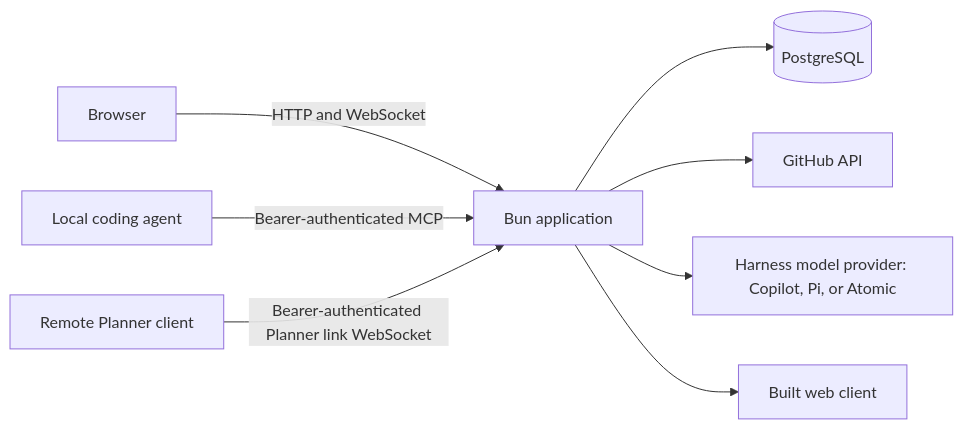
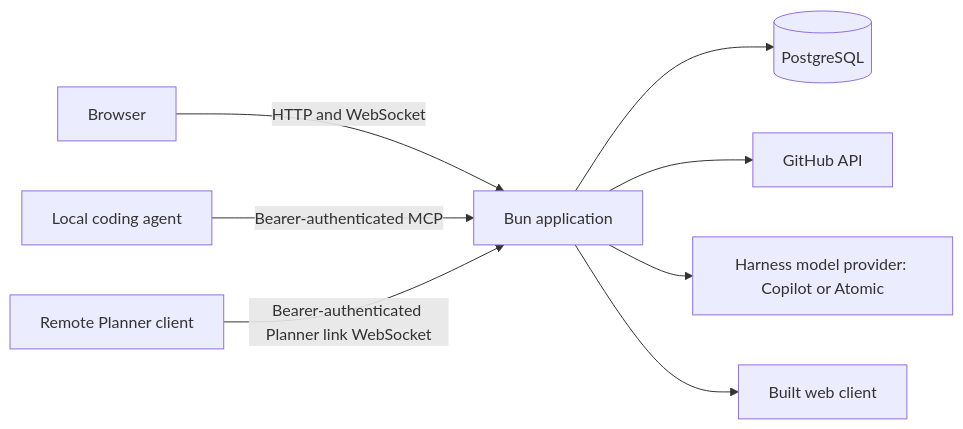
Before and after one commit to githubnext/chopin: the first of 3 diagrams in docs/architecture.md, drawn with Mermaid. The commit also changed other lines of this file and 23 other files, not shown here.

````diff
--- a/docs/architecture.md
+++ b/docs/architecture.md
@@ -55,10 +55,10 @@
 ```mermaid
 flowchart LR
 	B[Browser] -->|HTTP and WebSocket| S[Bun application]
 	C[Local coding agent] -->|Bearer-authenticated MCP| S
 	R[Remote Planner client] -->|Bearer-authenticated Planner link WebSocket| S
 	S --> P[(PostgreSQL)]
 	S --> G[GitHub API]
-	S --> A[Harness model provider: Copilot, Pi, or Atomic]
+	S --> A[Harness model provider: Copilot or Atomic]
 	S --> W[Built web client]
 ```
````
